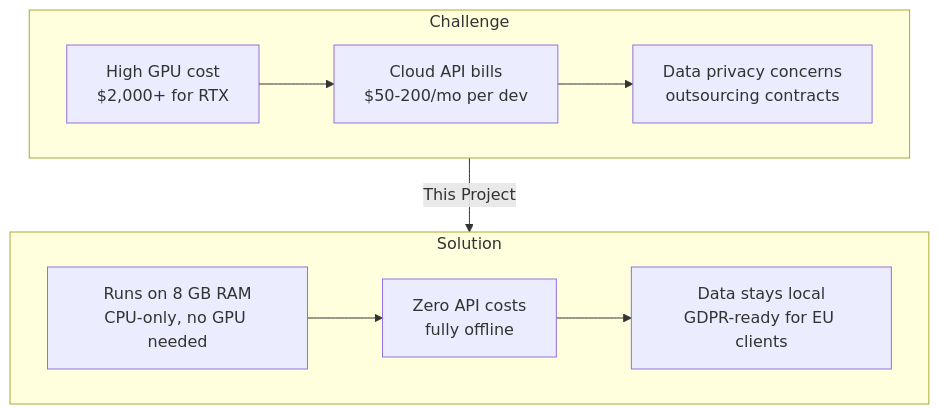
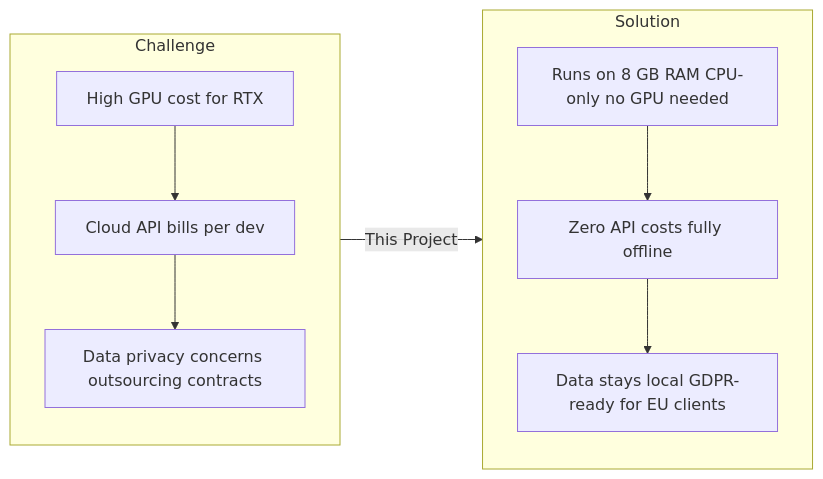
The first of 14 diagrams in README.md (rbkhan007/Photato-Phi-3-Custom-Model), drawn with Mermaid before and after one commit. The commit also changed other lines of this file, not shown here.

Commit message:
fix Training Pipeline mermaid diagram rendering

````diff
--- a/README.md
+++ b/README.md
@@ -73,14 +73,14 @@
 ```mermaid
-graph TB
-    subgraph "Challenge"
-        A1["High GPU cost<br/>$2,000+ for RTX"] --> A2["Cloud API bills<br/>$50-200/mo per dev"]
-        A2 --> A3["Data privacy concerns<br/>outsourcing contracts"]
+flowchart LR
+    subgraph Challenge[Challenge]
+        A1["High GPU cost for RTX"] --> A2["Cloud API bills per dev"]
+        A2 --> A3["Data privacy concerns outsourcing contracts"]
     end
     
-    subgraph "Solution"
-        B1["Runs on 8 GB RAM<br/>CPU-only, no GPU needed"] --> B2["Zero API costs<br/>fully offline"]
-        B2 --> B3["Data stays local<br/>GDPR-ready for EU clients"]
+    subgraph Solution[Solution]
+        B1["Runs on 8 GB RAM CPU-only no GPU needed"] --> B2["Zero API costs fully offline"]
+        B2 --> B3["Data stays local GDPR-ready for EU clients"]
     end
     
     Challenge -->|This Project| Solution
 ```
````
